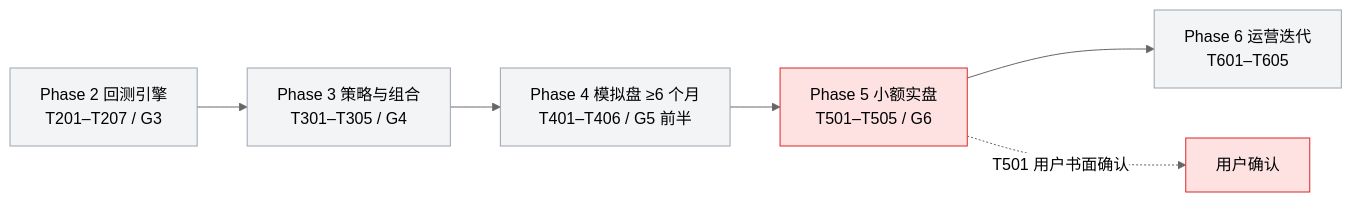
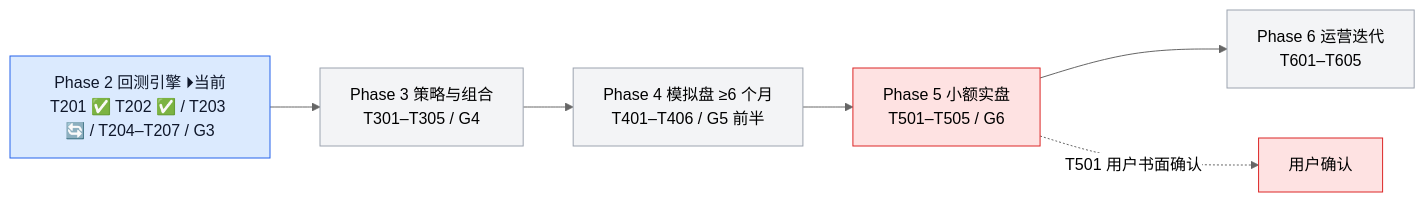
One commit to YZml1507/FinAI2.0 changed the fourth of 4 diagrams in docs/project_status_flowchart.md. Above: the diagram before and after it, drawn with Mermaid (neutral theme). The commit also changed other lines of this file and 3 other files, not shown here.

Commit message:
docs: T201/T202 状态标记 — CLAUDE.md §0/§5/§7 + spec 快照同步（research-finai fd67351）+ 流程图 md/html 同步（当前位 Phase 2 · T203 进行中）

````diff
--- a/docs/project_status_flowchart.md
+++ b/docs/project_status_flowchart.md
@@ -72,14 +74,14 @@
 ```mermaid
 flowchart LR
-  P2[Phase 2 回测引擎<br/>T201–T207 / G3] --> P3[Phase 3 策略与组合<br/>T301–T305 / G4]
+  P2[Phase 2 回测引擎 ⏵当前<br/>T201 ✅ T202 ✅ / T203 🔄 / T204–T207 / G3] --> P3[Phase 3 策略与组合<br/>T301–T305 / G4]
   P3 --> P4[Phase 4 模拟盘 ≥6 个月<br/>T401–T406 / G5 前半]
   P4 --> P5[Phase 5 小额实盘<br/>T501–T505 / G6]
   P5 --> P6[Phase 6 运营迭代<br/>T601–T605]
   P5 -.->|T501 用户书面确认| USER[用户确认]
-  style P2 fill:#f3f4f6,stroke:#9ca3af
+  style P2 fill:#dbeafe,stroke:#2563eb,color:#0f172a
   style P3 fill:#f3f4f6,stroke:#9ca3af
   style P4 fill:#f3f4f6,stroke:#9ca3af
   style P5 fill:#fee2e2,stroke:#dc2626
   style P6 fill:#f3f4f6,stroke:#9ca3af
   style USER fill:#fee2e2,stroke:#dc2626
 ```
````
